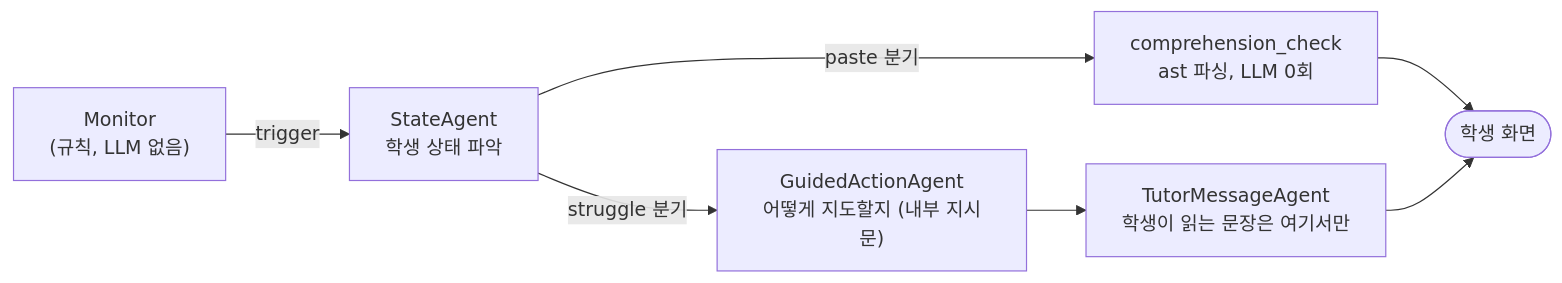
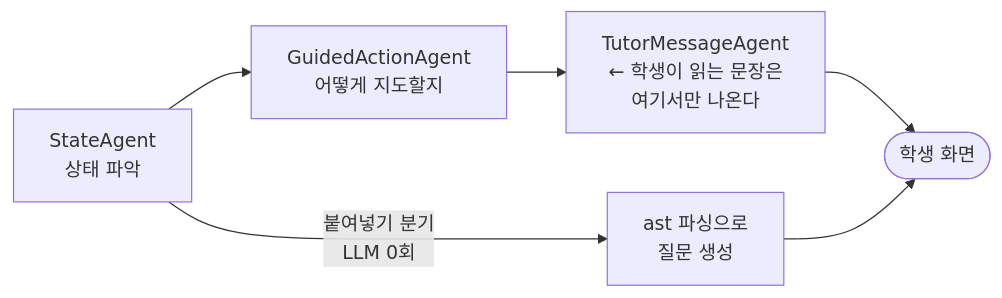
One commit to nxtcloud-edu/2026_KNUxKU_summer_camp_team04 changed the diagram in README.md. Above: the diagram before and after it, drawn with Mermaid. The commit also changed other lines of this file, not shown here.

````diff
--- a/README.md
+++ b/README.md
@@ -51,9 +162,8 @@
 ```mermaid
 flowchart LR
-    M["Monitor<br/>(규칙, LLM 없음)"] -->|trigger| S["StateAgent<br/>학생 상태 파악"]
-    S -->|paste 분기| C["comprehension_check<br/>ast 파싱, LLM 0회"]
-    S -->|struggle 분기| G["GuidedActionAgent<br/>어떻게 지도할지 (내부 지시문)"]
-    G --> T["TutorMessageAgent<br/>학생이 읽는 문장은 여기서만"]
-    C --> E(["학생 화면"])
-    T --> E
+    S["StateAgent<br/>상태 파악"] --> G["GuidedActionAgent<br/>어떻게 지도할지"]
+    G --> T["TutorMessageAgent<br/>← 학생이 읽는 문장은<br/>여기서만 나온다"]
+    S -->|"붙여넣기 분기<br/>LLM 0회"| C["ast 파싱으로<br/>질문 생성"]
+    T --> E(["학생 화면"])
+    C --> E
 ```
````
